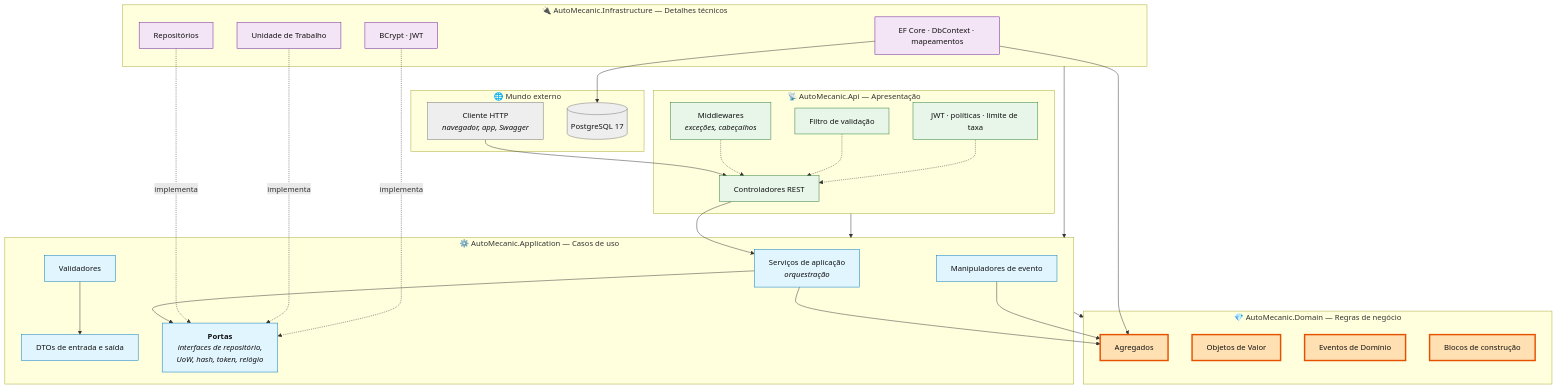
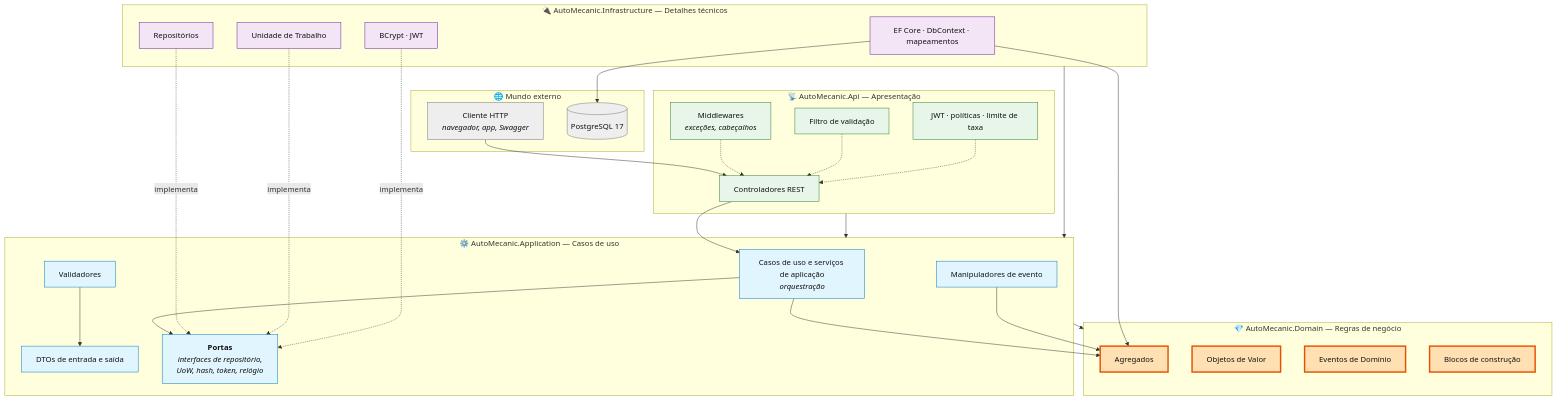
Before and after one commit to IgorSalvador/AutoMecanic: the first of 2 diagrams in docs/05-arquitetura.md, drawn with Mermaid. The commit also changed other lines of this file and 41 other files, not shown here.

````diff
--- a/docs/05-arquitetura.md
+++ b/docs/05-arquitetura.md
@@ -12,67 +12,67 @@
 ```mermaid
 flowchart TB
     subgraph EXT["🌐 Mundo externo"]
         CLI["Cliente HTTP<br/><i>navegador, app, Swagger</i>"]
         DB[("PostgreSQL 17")]
     end
 
     subgraph API["📡 AutoMecanic.Api — Apresentação"]
         CTRL["Controladores REST"]
         MW["Middlewares<br/><i>exceções, cabeçalhos</i>"]
         FLT["Filtro de validação"]
         AUTH["JWT · políticas · limite de taxa"]
     end
 
     subgraph APP["⚙️ AutoMecanic.Application — Casos de uso"]
-        SVC["Serviços de aplicação<br/><i>orquestração</i>"]
+        SVC["Casos de uso e serviços de aplicação<br/><i>orquestração</i>"]
         DTO["DTOs de entrada e saída"]
         VAL["Validadores"]
         PORT["<b>Portas</b><br/><i>interfaces de repositório,<br/>UoW, hash, token, relógio</i>"]
         HAND["Manipuladores de evento"]
     end
 
     subgraph DOM["💎 AutoMecanic.Domain — Regras de negócio"]
         AGG["Agregados"]
         VO["Objetos de Valor"]
         EVT["Eventos de Domínio"]
         ABS["Blocos de construção"]
     end
 
     subgraph INFRA["🔌 AutoMecanic.Infrastructure — Detalhes técnicos"]
         EF["EF Core · DbContext · mapeamentos"]
         REPO["Repositórios"]
         UOW["Unidade de Trabalho"]
         SEG["BCrypt · JWT"]
     end
 
     CLI --> CTRL
     CTRL --> SVC
     MW -.-> CTRL
     FLT -.-> CTRL
     AUTH -.-> CTRL
 
     SVC --> AGG
     SVC --> PORT
     HAND --> AGG
     VAL --> DTO
 
     REPO -.->|implementa| PORT
     UOW -.->|implementa| PORT
     SEG -.->|implementa| PORT
     EF --> AGG
     EF --> DB
 
     API --> APP --> DOM
     INFRA --> APP
 
     classDef dominio fill:#FFE0B2,stroke:#E65100,stroke-width:3px,color:#111
     classDef aplicacao fill:#E1F5FE,stroke:#0277BD,color:#111
     classDef infra fill:#F3E5F5,stroke:#6A1B9A,color:#111
     classDef apresentacao fill:#E8F5E9,stroke:#2E7D32,color:#111
     classDef externo fill:#EEEEEE,stroke:#757575,color:#111
     class AGG,VO,EVT,ABS dominio
     class SVC,DTO,VAL,PORT,HAND aplicacao
     class EF,REPO,UOW,SEG infra
     class CTRL,MW,FLT,AUTH apresentacao
     class CLI,DB externo
 ```
````
